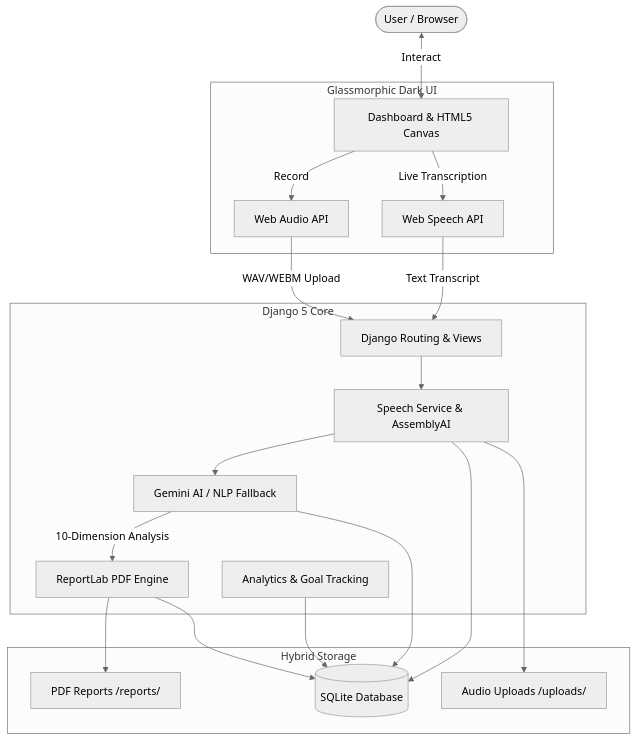
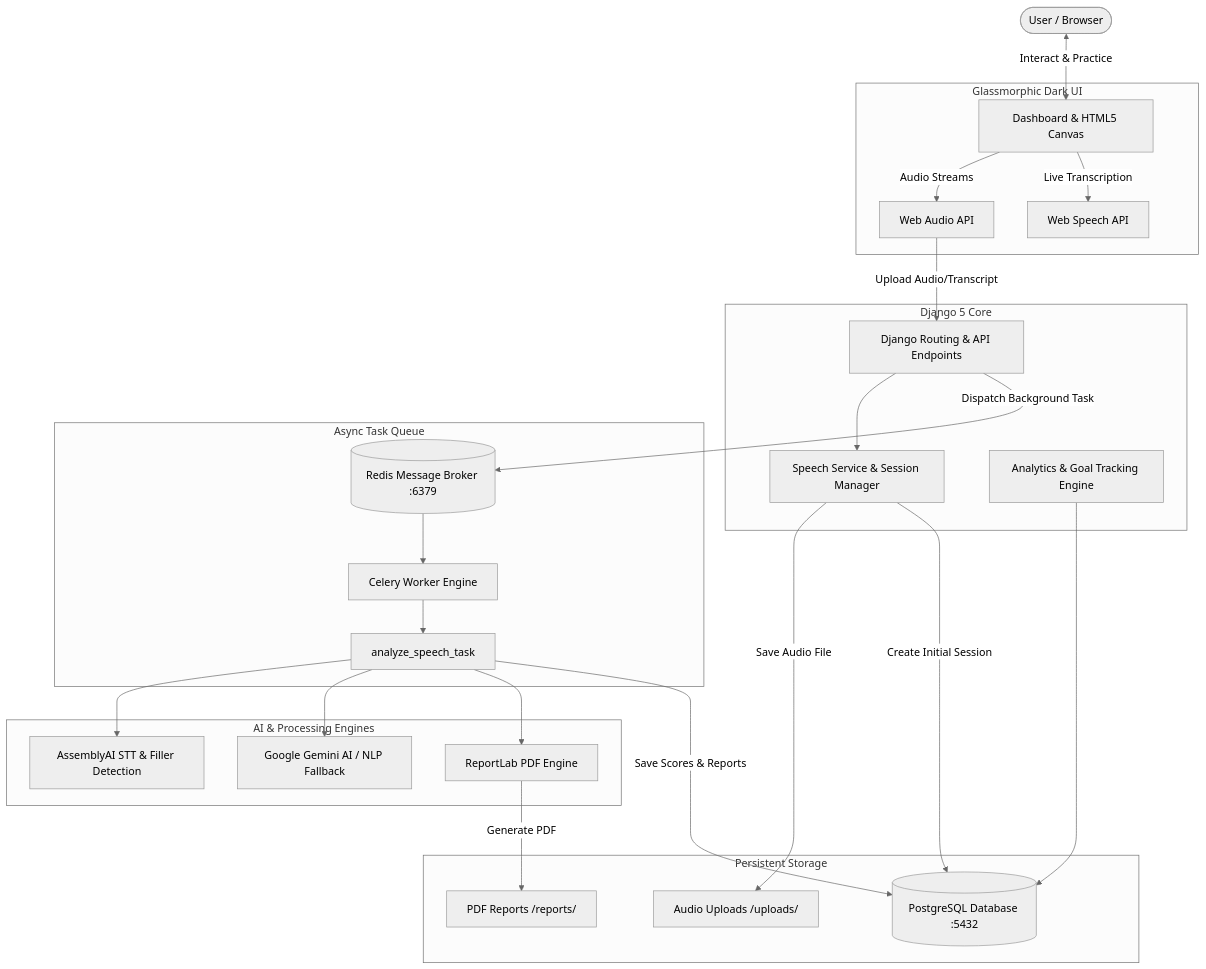
One commit to Faheemkanniyan/AI_Public_Speaking_Coach changed the first of 2 diagrams in README.md. Above: the diagram before and after it, drawn with Mermaid (neutral theme). The commit also changed other lines of this file and 18 other files, not shown here.

````diff
--- a/README.md
+++ b/README.md
@@ -27,45 +27,53 @@
 ```mermaid
 graph TD
     User([User / Browser])
     
     subgraph Frontend [Glassmorphic Dark UI]
         UI[Dashboard & HTML5 Canvas]
         WebAudio[Web Audio API]
         WebSpeech[Web Speech API]
     end
     
     subgraph Backend [Django 5 Core]
-        Django[Django Routing & Views]
-        SpeechSvc[Speech Service & AssemblyAI]
-        AISvc[Gemini AI / NLP Fallback]
+        Django[Django Routing & API Endpoints]
+        SpeechSvc[Speech Service & Session Manager]
+        Analytics[Analytics & Goal Tracking Engine]
+    end
+
+    subgraph AsyncQueue [Async Task Queue]
+        Redis[(Redis Message Broker :6379)]
+        CeleryWorker[Celery Worker Engine]
+        Tasks[analyze_speech_task]
+    end
+
+    subgraph AIServices [AI & Processing Engines]
+        Gemini[Google Gemini AI / NLP Fallback]
+        AssemblyAI[AssemblyAI STT & Filler Detection]
         ReportSvc[ReportLab PDF Engine]
-        Analytics[Analytics & Goal Tracking]
     end
     
-    subgraph Storage [Hybrid Storage]
-        DB[(SQLite Database)]
-
+    subgraph Storage [Persistent Storage]
+        PG[(PostgreSQL Database :5432)]
         Uploads[Audio Uploads /uploads/]
         PDFs[PDF Reports /reports/]
     end
 
-    User <--> |Interact| UI
-    UI --> |Record| WebAudio
+    User <--> |Interact & Practice| UI
+    UI --> |Audio Streams| WebAudio
     UI --> |Live Transcription| WebSpeech
     
-    WebAudio --> |WAV/WEBM Upload| Django
-    WebSpeech --> |Text Transcript| Django
-    
+    WebAudio --> |Upload Audio/Transcript| Django
     Django --> SpeechSvc
-    SpeechSvc --> AISvc
-    AISvc --> |10-Dimension Analysis| ReportSvc
-    
-    SpeechSvc --> DB
-    AISvc --> DB
-    ReportSvc --> PDFs
-    ReportSvc --> DB
-    Analytics --> DB
+    SpeechSvc --> |Save Audio File| Uploads
+    SpeechSvc --> |Create Initial Session| PG
+    Django --> |Dispatch Background Task| Redis
 
-    
-    SpeechSvc --> Uploads
+    Redis --> CeleryWorker
+    CeleryWorker --> Tasks
+    Tasks --> AssemblyAI
+    Tasks --> Gemini
+    Tasks --> ReportSvc
+    ReportSvc --> |Generate PDF| PDFs
+    Tasks --> |Save Scores & Reports| PG
+    Analytics --> PG
 ```
````
